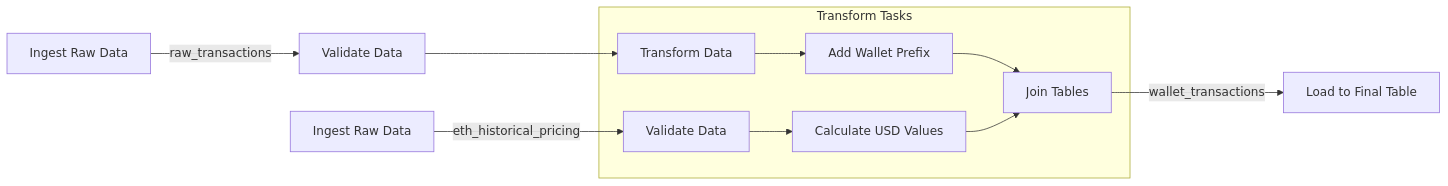
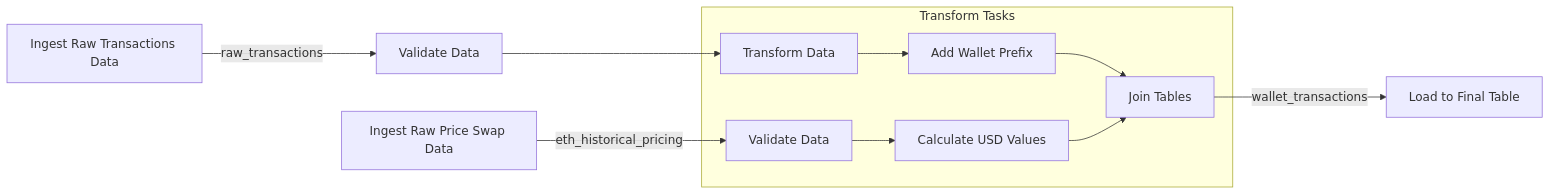
The second of 2 diagrams in README.md (tripodoreo/ae_capstone_project), drawn with Mermaid before and after one commit. The commit also changed other lines of this file, not shown here.

````diff
--- a/README.md
+++ b/README.md
@@ -124,16 +161,16 @@
 ```mermaid
 graph LR
-    A[Ingest Raw Data] --> |"raw_transactions"| B[Validate Data]
+    A[Ingest Raw Transactions Data] --> |"raw_transactions"| B[Validate Data]
     B --> C[Transform Data]
-    D[Ingest Raw Data] --> |"eth_historical_pricing"| E[Validate Data]
+    D[Ingest Raw Price Swap Data] --> |"eth_historical_pricing"| E[Validate Data]
 
     subgraph Transform Tasks
     C --> G[Add Wallet Prefix]
     E --> F[Calculate USD Values]
     G --> H[Join Tables]
     F --> H
     end
     
     H --> |"wallet_transactions"| I[Load to Final Table]
     
 ```
````
